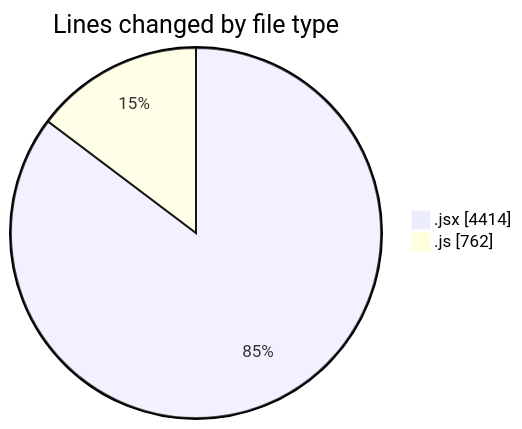
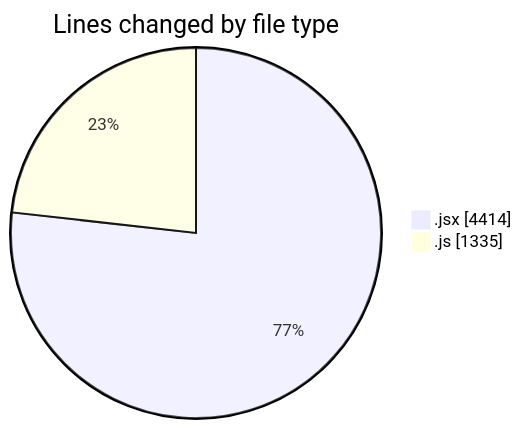
The first of 2 diagrams in 2025-08-03/nxtqube_webapp/README.md (nxtqubesakshisongat/code-tracking), drawn with Mermaid before and after one commit. The commit also changed other lines of this file and 1 other file, not shown here.

````diff
--- a/2025-08-03/nxtqube_webapp/README.md
+++ b/2025-08-03/nxtqube_webapp/README.md
@@ -30,6 +31,6 @@
 ```mermaid
 pie showData
 title Lines changed by file type
 ".jsx" : 4414
-".js" : 762
+".js" : 1335
 ```
````
